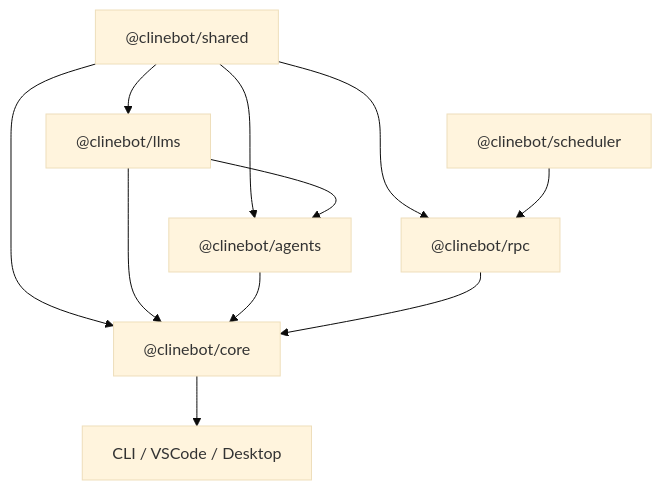
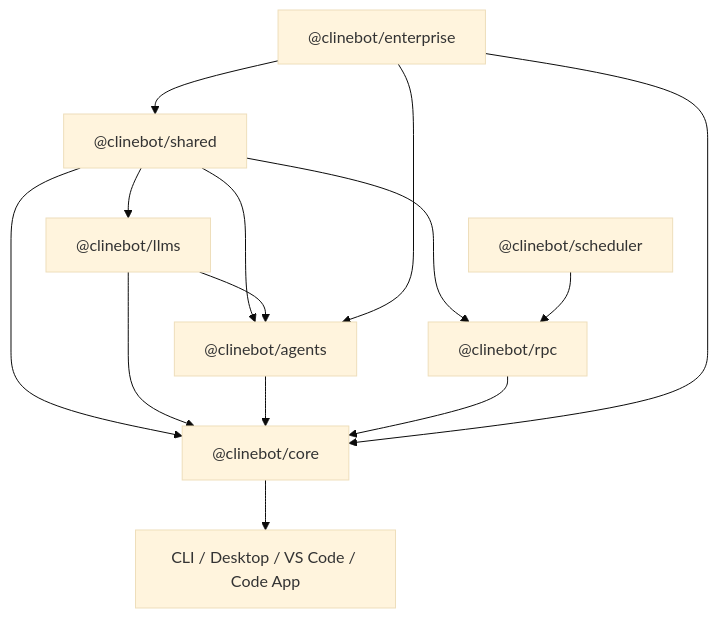
The diagram in sdk/AGENTS.md (Dastan-Prince/cline-cn), drawn with Mermaid (base theme) before and after one commit. The commit also changed other lines of this file and 99 other files, not shown here.

First line of the commit message:
feat: add @clinebot/enterprise SDK package (#85)

````diff
--- a/sdk/AGENTS.md
+++ b/sdk/AGENTS.md
@@ -24,9 +77,10 @@
 ```mermaid
 flowchart TD
   shared["@clinebot/shared"] --> llms["@clinebot/llms"] & agents["@clinebot/agents"] & rpc["@clinebot/rpc"] & core["@clinebot/core"]
   llms --> agents & core
   scheduler["@clinebot/scheduler"] --> rpc
   agents --> core
   rpc --> core
-  core --> apps["CLI / VSCode / Desktop"]
+  enterprise["@clinebot/enterprise"] --> agents & core & shared
+  core --> apps["CLI / Desktop / VS Code / Code App"]
 ```
````
